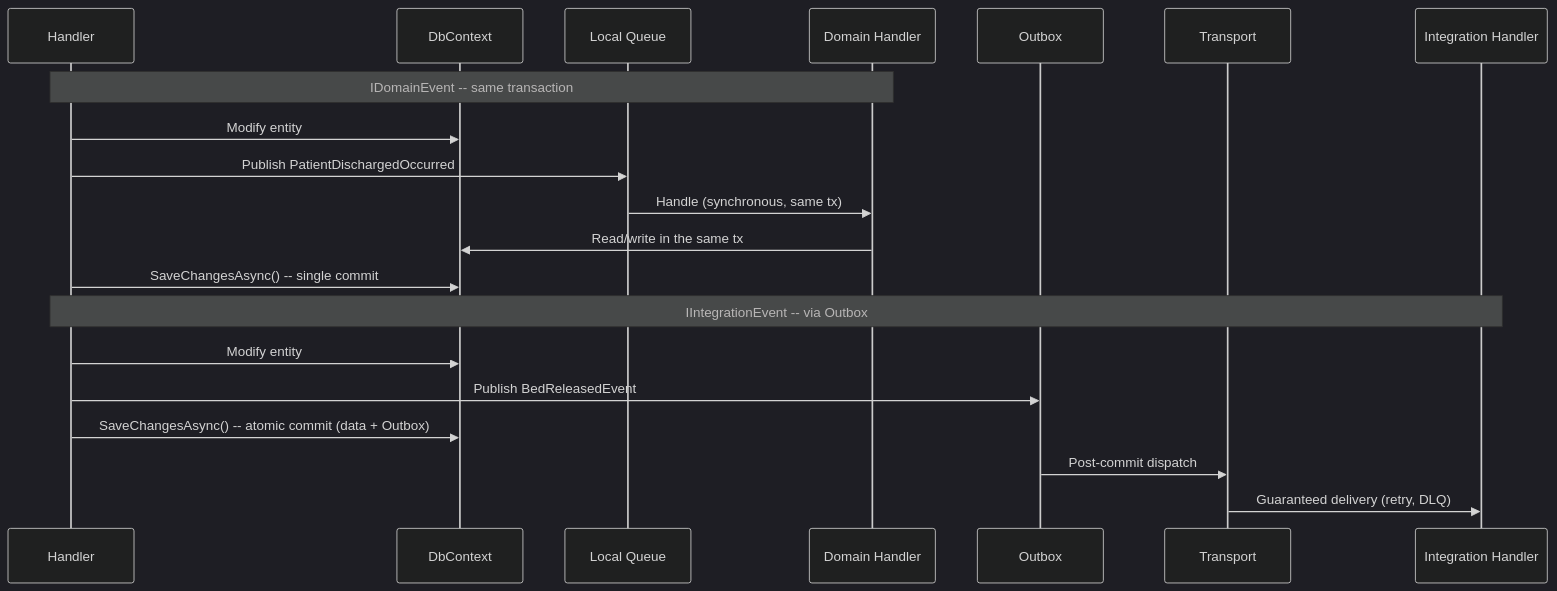
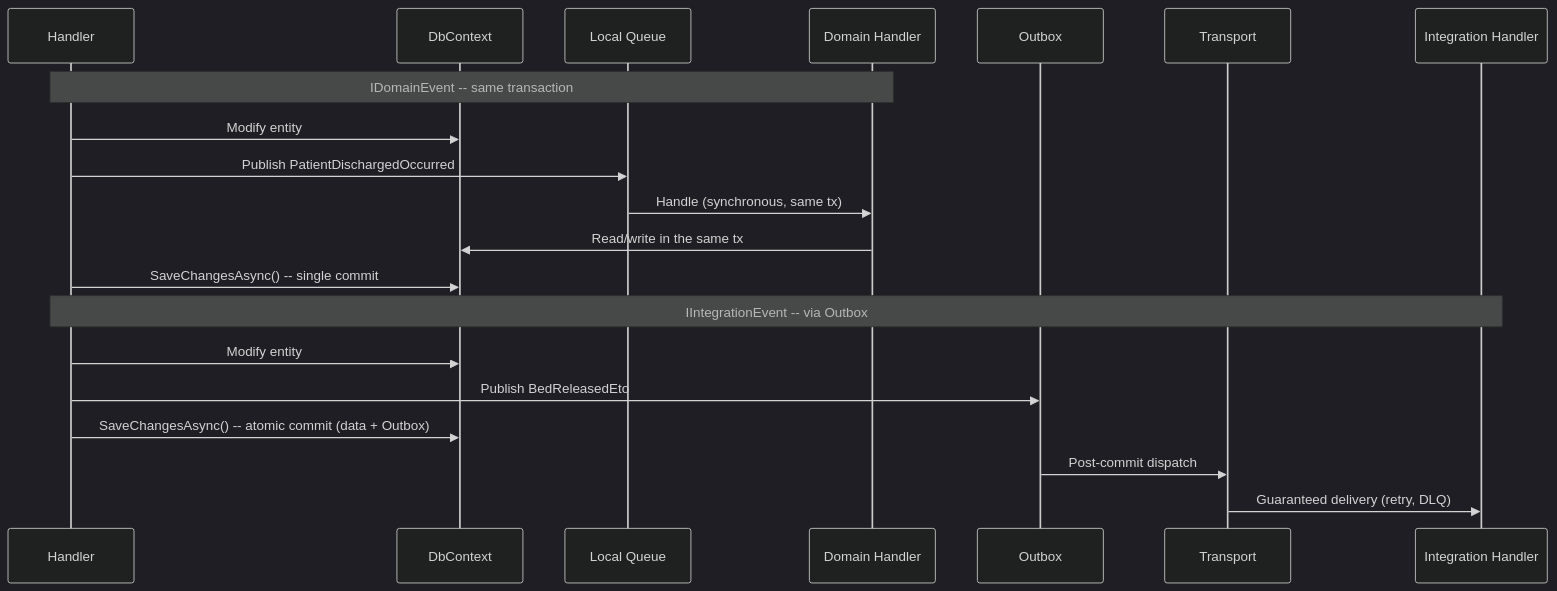
Before and after one commit to granit-fx/granit-dotnet: the diagram in docs-site/src/content/docs/dotnet/architecture/patterns/event-driven.md, drawn with Mermaid (dark theme). The commit also changed other lines of this file and 49 other files, not shown here.

First line of the commit message:
refactor(events): standardize event naming — *Event for domain, *Eto for integration (#461)

````diff
--- a/docs-site/src/content/docs/dotnet/architecture/patterns/event-driven.md
+++ b/docs-site/src/content/docs/dotnet/architecture/patterns/event-driven.md
@@ -25,24 +25,24 @@
 ```mermaid
 sequenceDiagram
     participant H as Handler
     participant DB as DbContext
     participant LQ as Local Queue
     participant DH as Domain Handler
     participant OB as Outbox
     participant TX as Transport
     participant IH as Integration Handler
 
     Note over H,DH: IDomainEvent -- same transaction
     H->>DB: Modify entity
     H->>LQ: Publish PatientDischargedOccurred
     LQ->>DH: Handle (synchronous, same tx)
     DH->>DB: Read/write in the same tx
     H->>DB: SaveChangesAsync() -- single commit
 
     Note over H,IH: IIntegrationEvent -- via Outbox
     H->>DB: Modify entity
-    H->>OB: Publish BedReleasedEvent
+    H->>OB: Publish BedReleasedEto
     H->>DB: SaveChangesAsync() -- atomic commit (data + Outbox)
     OB->>TX: Post-commit dispatch
     TX->>IH: Guaranteed delivery (retry, DLQ)
 ```
````
